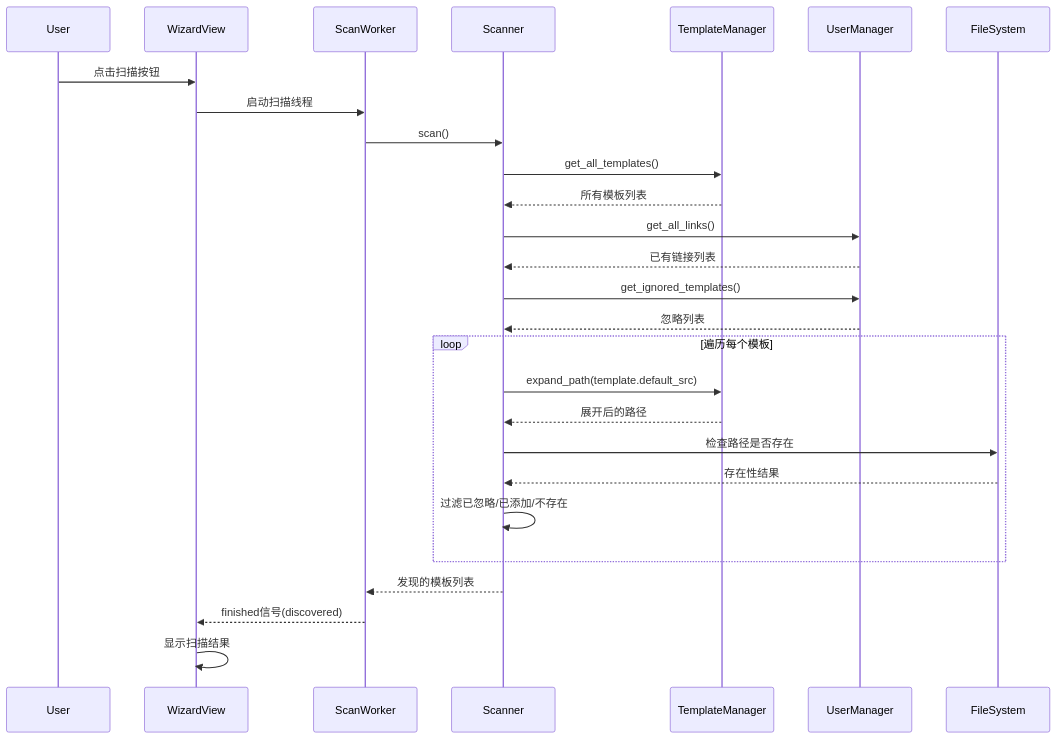
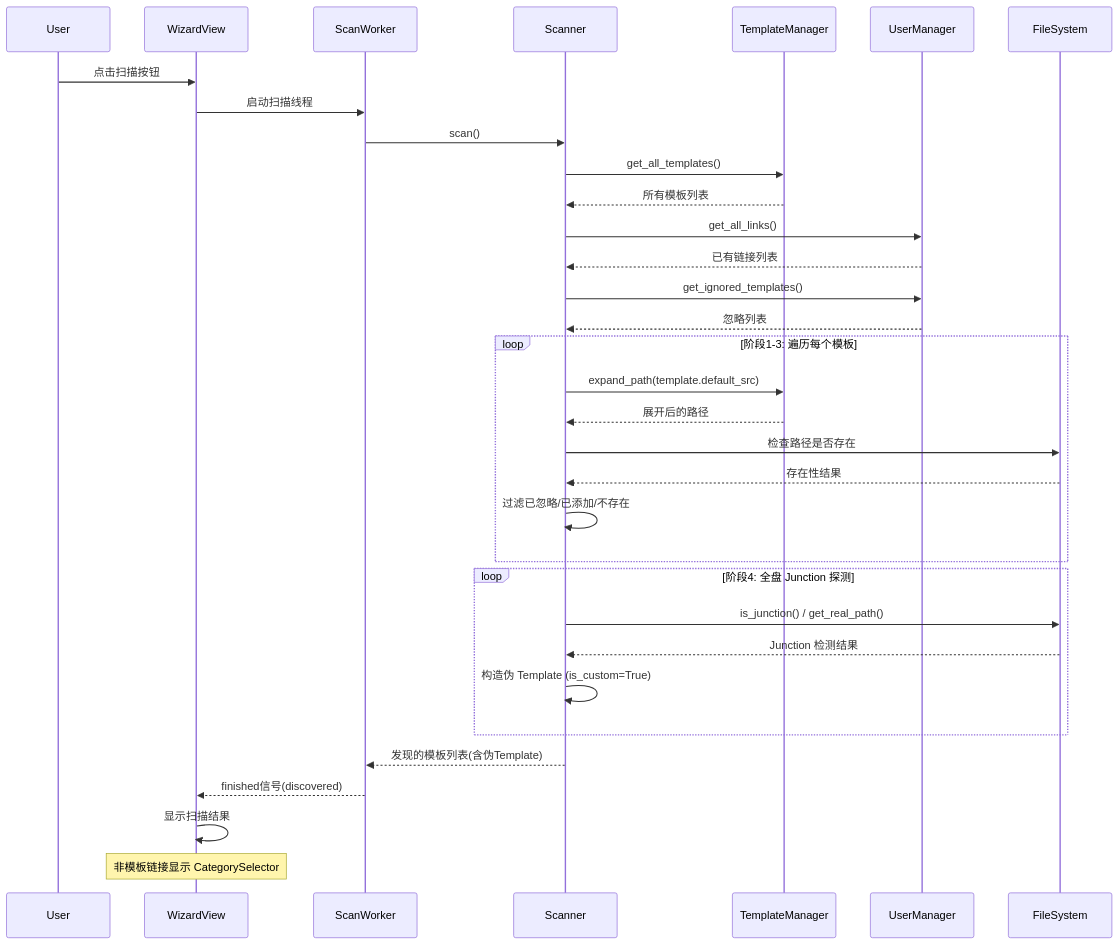
One commit to gzers/ghost-dir changed the third of 11 diagrams in docs/developer-docs/architecture/data-flow/data-flow-diagram.md. Above: the diagram before and after it, drawn with Mermaid. The commit also changed 2 other files, not shown here.

Commit message:
docs(developer-docs): 新增服务架构设计、数据流图和磁盘连接扫描功能规划文档。

````diff
--- a/docs/developer-docs/architecture/data-flow/data-flow-diagram.md
+++ b/docs/developer-docs/architecture/data-flow/data-flow-diagram.md
@@ -82,35 +82,42 @@
 ```mermaid
 sequenceDiagram
     participant User
     participant WizardView
     participant ScanWorker
     participant Scanner
     participant TM as TemplateManager
     participant UM as UserManager
     participant FS as FileSystem
-    
+
     User->>WizardView: 点击扫描按钮
     WizardView->>ScanWorker: 启动扫描线程
     ScanWorker->>Scanner: scan()
-    
+
     Scanner->>TM: get_all_templates()
     TM-->>Scanner: 所有模板列表
-    
+
     Scanner->>UM: get_all_links()
     UM-->>Scanner: 已有链接列表
-    
+
     Scanner->>UM: get_ignored_templates()
     UM-->>Scanner: 忽略列表
-    
-    loop 遍历每个模板
+
+    loop 阶段1-3: 遍历每个模板
         Scanner->>TM: expand_path(template.default_src)
         TM-->>Scanner: 展开后的路径
         Scanner->>FS: 检查路径是否存在
         FS-->>Scanner: 存在性结果
         Scanner->>Scanner: 过滤已忽略/已添加/不存在
     end
-    
-    Scanner-->>ScanWorker: 发现的模板列表
+
+    loop 阶段4: 全盘 Junction 探测
+        Scanner->>FS: is_junction() / get_real_path()
+        FS-->>Scanner: Junction 检测结果
+        Scanner->>Scanner: 构造伪 Template (is_custom=True)
+    end
+
+    Scanner-->>ScanWorker: 发现的模板列表(含伪Template)
     ScanWorker-->>WizardView: finished信号(discovered)
     WizardView->>WizardView: 显示扫描结果
+    Note over WizardView: 非模板链接显示 CategorySelector
 ```
````
